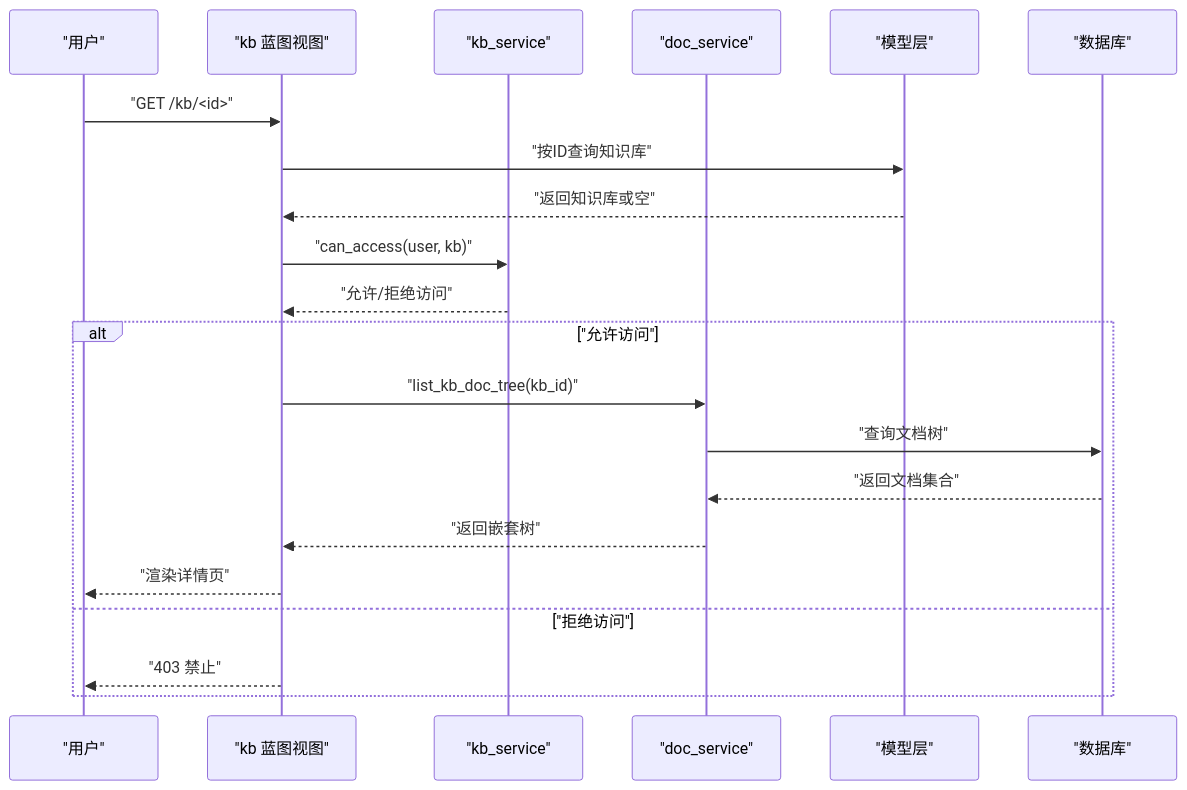
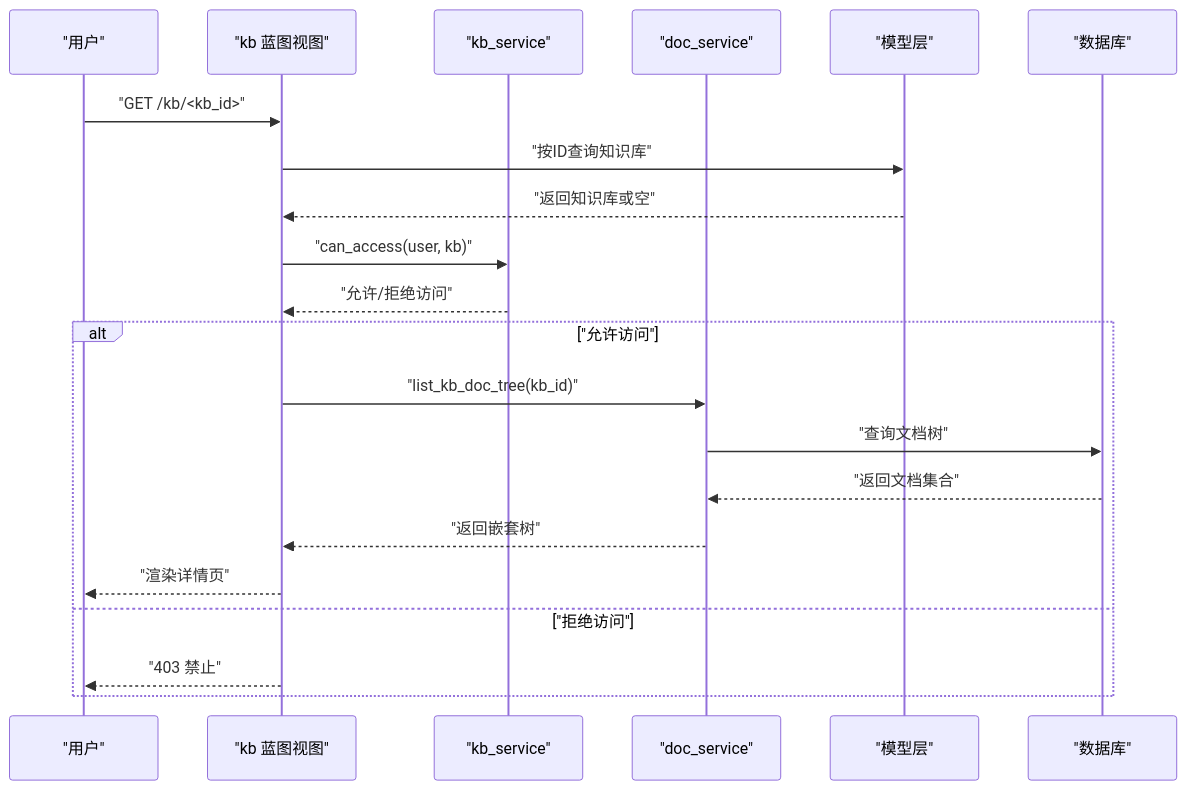
One commit to beyondalbert/my_wiki changed the second of 7 diagrams in .qoder/repowiki/zh/content/架构设计/蓝图系统设计/知识库蓝图 (Knowledge Base Blueprint).md. Above: the diagram before and after it, drawn with Mermaid. The commit also changed other lines of this file and 21 other files, not shown here.

````diff
--- a/.qoder/repowiki/zh/content/架构设计/蓝图系统设计/知识库蓝图 (Knowledge Base Blueprint).md
+++ b/.qoder/repowiki/zh/content/架构设计/蓝图系统设计/知识库蓝图 (Knowledge Base Blueprint).md
@@ -122,23 +128,23 @@
 ```mermaid
 sequenceDiagram
 participant U as "用户"
 participant V as "kb 蓝图视图"
 participant S as "kb_service"
 participant D as "doc_service"
 participant M as "模型层"
 participant DB as "数据库"
-U->>V : "GET /kb/<id>"
+U->>V : "GET /kb/<kb_id>"
 V->>M : "按ID查询知识库"
 M-->>V : "返回知识库或空"
 V->>S : "can_access(user, kb)"
 S-->>V : "允许/拒绝访问"
 alt "允许访问"
 V->>D : "list_kb_doc_tree(kb_id)"
 D->>DB : "查询文档树"
 DB-->>D : "返回文档集合"
 D-->>V : "返回嵌套树"
 V-->>U : "渲染详情页"
 else "拒绝访问"
 V-->>U : "403 禁止"
 end
 ```
````
